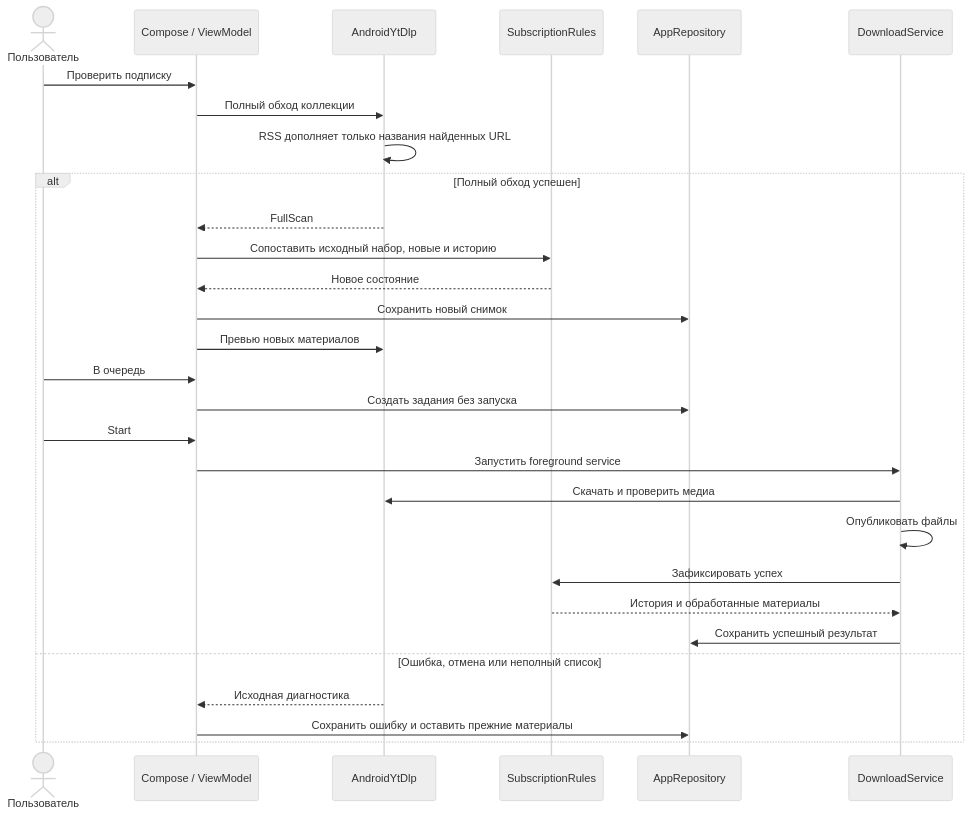
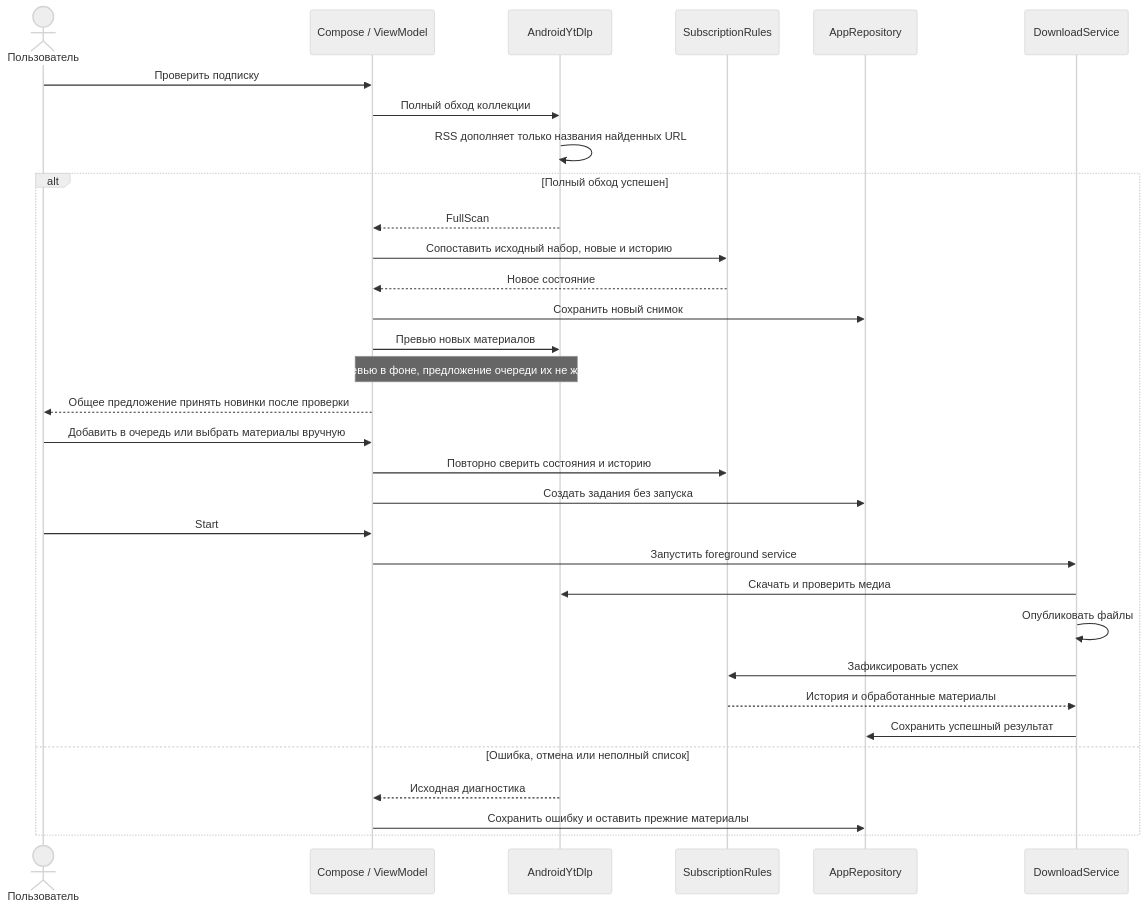
The second of 2 diagrams in docs/user/android.md (bespalovnikita/video-downloader), drawn with Mermaid (neutral theme) before and after one commit. The commit also changed other lines of this file and 15 other files, not shown here.

````diff
--- a/docs/user/android.md
+++ b/docs/user/android.md
@@ -141,31 +155,34 @@
 ```mermaid
 sequenceDiagram
     actor User as Пользователь
     participant UI as Compose / ViewModel
     participant Engine as AndroidYtDlp
     participant Rules as SubscriptionRules
     participant Store as AppRepository
     participant Service as DownloadService
     User->>UI: Проверить подписку
     UI->>Engine: Полный обход коллекции
     Engine->>Engine: RSS дополняет только названия найденных URL
     alt Полный обход успешен
         Engine-->>UI: FullScan
         UI->>Rules: Сопоставить исходный набор, новые и историю
         Rules-->>UI: Новое состояние
         UI->>Store: Сохранить новый снимок
         UI->>Engine: Превью новых материалов
-        User->>UI: В очередь
+        Note over UI,Engine: Превью в фоне, предложение очереди их не ждёт
+        UI-->>User: Общее предложение принять новинки после проверки
+        User->>UI: Добавить в очередь или выбрать материалы вручную
+        UI->>Rules: Повторно сверить состояния и историю
         UI->>Store: Создать задания без запуска
         User->>UI: Start
         UI->>Service: Запустить foreground service
         Service->>Engine: Скачать и проверить медиа
         Service->>Service: Опубликовать файлы
         Service->>Rules: Зафиксировать успех
         Rules-->>Service: История и обработанные материалы
         Service->>Store: Сохранить успешный результат
     else Ошибка, отмена или неполный список
         Engine-->>UI: Исходная диагностика
         UI->>Store: Сохранить ошибку и оставить прежние материалы
     end
 ```
````
